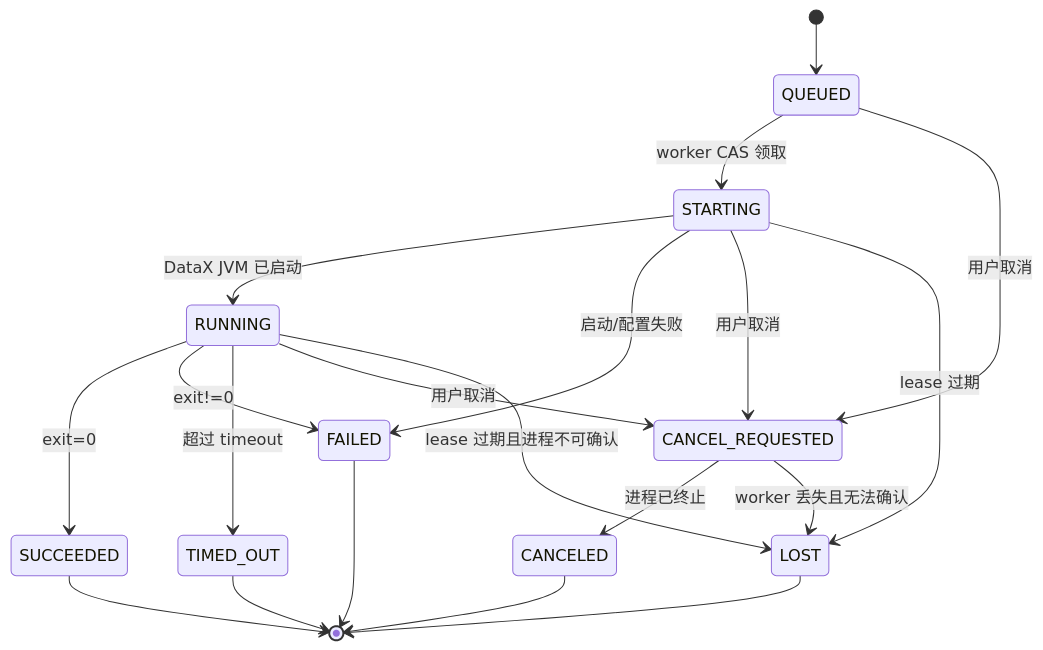
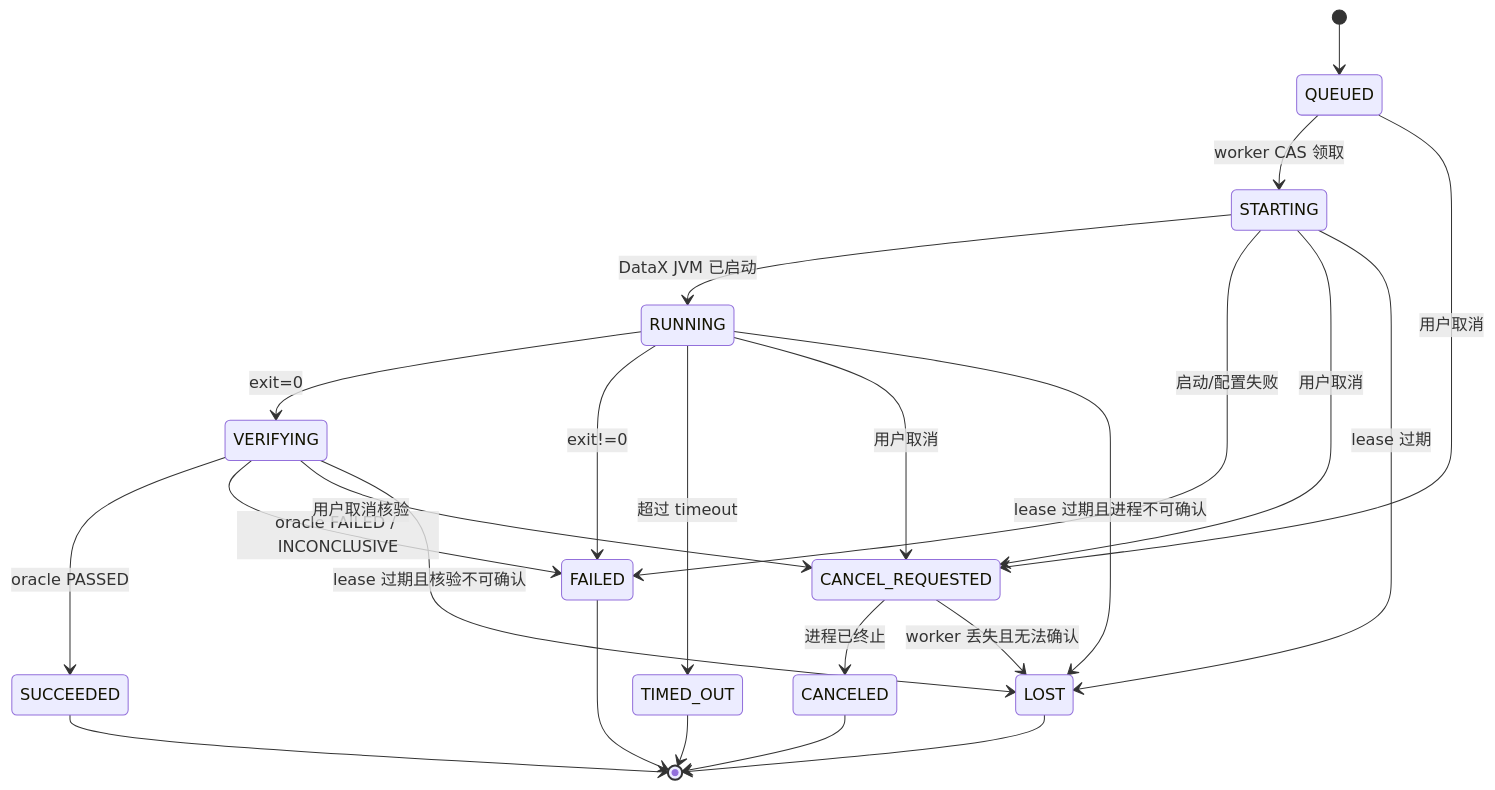
One commit to xiaoli2hust/datax changed the third of 3 diagrams in docs/03_技术架构设计.md. Above: the diagram before and after it, drawn with Mermaid. The commit also changed other lines of this file and 32 other files, not shown here.

````diff
--- a/docs/03_技术架构设计.md
+++ b/docs/03_技术架构设计.md
@@ -180,22 +305,26 @@
 ```mermaid
 stateDiagram-v2
     [*] --> QUEUED
     QUEUED --> STARTING: worker CAS 领取
     QUEUED --> CANCEL_REQUESTED: 用户取消
     STARTING --> RUNNING: DataX JVM 已启动
     STARTING --> FAILED: 启动/配置失败
     STARTING --> CANCEL_REQUESTED: 用户取消
     STARTING --> LOST: lease 过期
-    RUNNING --> SUCCEEDED: exit=0
+    RUNNING --> VERIFYING: exit=0
     RUNNING --> FAILED: exit!=0
     RUNNING --> TIMED_OUT: 超过 timeout
     RUNNING --> CANCEL_REQUESTED: 用户取消
     RUNNING --> LOST: lease 过期且进程不可确认
+    VERIFYING --> SUCCEEDED: oracle PASSED
+    VERIFYING --> FAILED: oracle FAILED / INCONCLUSIVE
+    VERIFYING --> CANCEL_REQUESTED: 用户取消核验
+    VERIFYING --> LOST: lease 过期且核验不可确认
     CANCEL_REQUESTED --> CANCELED: 进程已终止
     CANCEL_REQUESTED --> LOST: worker 丢失且无法确认
     SUCCEEDED --> [*]
     FAILED --> [*]
     TIMED_OUT --> [*]
     CANCELED --> [*]
     LOST --> [*]
 ```
````
